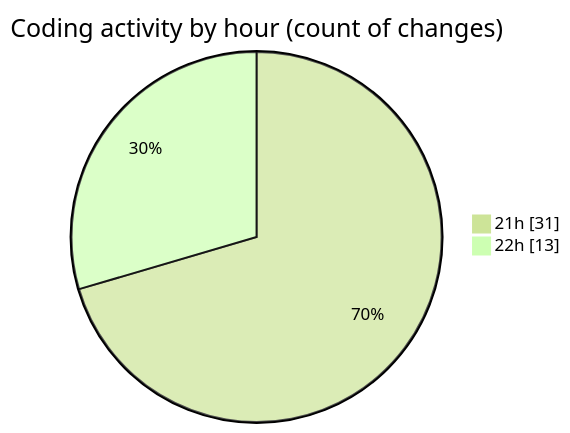
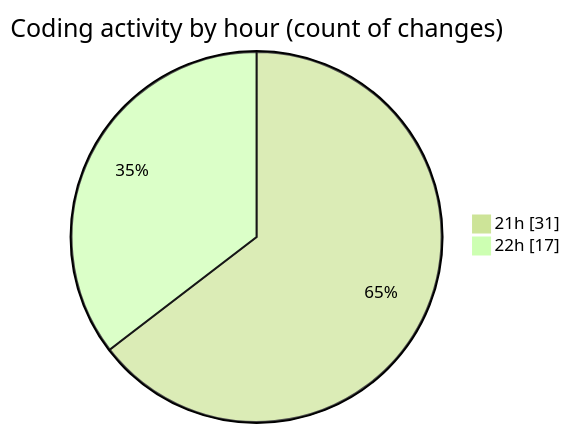
The second of 2 diagrams in 2025-07-19/reggarena/README.md (lephambinh05/code-tracking), drawn with Mermaid (forest theme) before and after one commit. The commit also changed other lines of this file and 1 other file, not shown here.

````diff
--- a/2025-07-19/reggarena/README.md
+++ b/2025-07-19/reggarena/README.md
@@ -45,6 +46,6 @@
 ```mermaid
 pie showData
 title Coding activity by hour (count of changes)
 "21h" : 31
-"22h" : 13
+"22h" : 17
 ```
````
